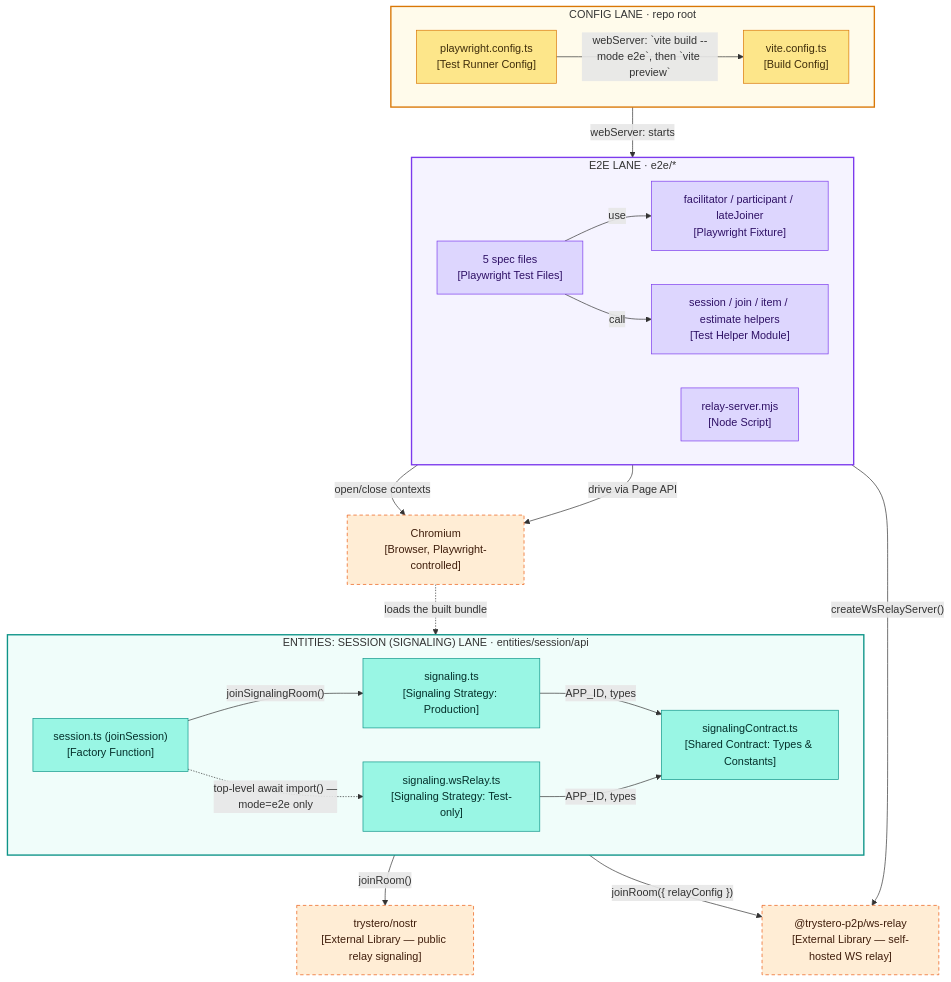
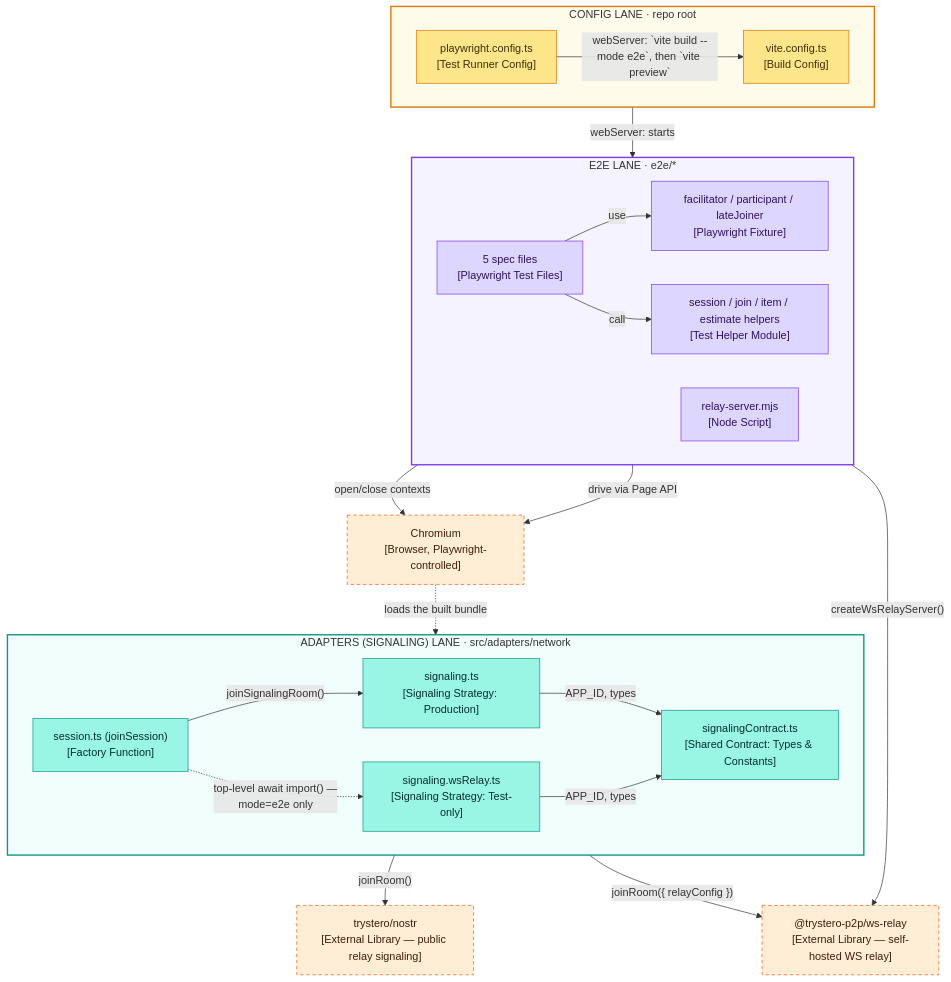
The first of 3 diagrams in docs/concepts/e2e-testing.md (cfisch3r/estimate), drawn with Mermaid before and after one commit. The commit also changed 33 other files, not shown here.

First line of the commit message:
refactor: extract the adapters into src/adapters (ADR-009 stage 2) (#152)

````diff
--- a/docs/concepts/e2e-testing.md
+++ b/docs/concepts/e2e-testing.md
@@ -23,57 +23,57 @@
 ```mermaid
 flowchart TD
   subgraph e2elane["E2E LANE · e2e/*"]
     direction LR
     Specs["5 spec files<br/>[Playwright Test Files]"]
     Fixtures["facilitator / participant / lateJoiner<br/>[Playwright Fixture]"]
     Helpers["session / join / item / estimate helpers<br/>[Test Helper Module]"]
     RelayScript["relay-server.mjs<br/>[Node Script]"]
   end
 
   subgraph configlane["CONFIG LANE · repo root"]
     direction LR
     PWConfig["playwright.config.ts<br/>[Test Runner Config]"]
     ViteConfig["vite.config.ts<br/>[Build Config]"]
   end
 
-  subgraph signalinglane["ENTITIES: SESSION (SIGNALING) LANE · entities/session/api"]
+  subgraph signalinglane["ADAPTERS (SIGNALING) LANE · src/adapters/network"]
     direction LR
     SessionFactory["session.ts (joinSession)<br/>[Factory Function]"]
     SigProd["signaling.ts<br/>[Signaling Strategy: Production]"]
     SigTest["signaling.wsRelay.ts<br/>[Signaling Strategy: Test-only]"]
     SigShared["signalingContract.ts<br/>[Shared Contract: Types & Constants]"]
   end
 
   WsRelayLib["@trystero-p2p/ws-relay<br/>[External Library — self-hosted WS relay]"]
   NostrLib["trystero/nostr<br/>[External Library — public relay signaling]"]
   Chromium["Chromium<br/>[Browser, Playwright-controlled]"]
 
   Specs -->|"use"| Fixtures
   Specs -->|"call"| Helpers
   Fixtures -->|"open/close contexts"| Chromium
   Helpers -->|"drive via Page API"| Chromium
   PWConfig -->|"webServer: starts"| RelayScript
   PWConfig -->|"webServer: `vite build --mode e2e`, then `vite preview`"| ViteConfig
   RelayScript -->|"createWsRelayServer()"| WsRelayLib
   SessionFactory -.->|"top-level await import() —<br/>mode=e2e only"| SigTest
   SessionFactory -->|"joinSignalingRoom()"| SigProd
   SigProd -->|"APP_ID, types"| SigShared
   SigTest -->|"APP_ID, types"| SigShared
   SigProd -->|"joinRoom()"| NostrLib
   SigTest -->|"joinRoom({ relayConfig })"| WsRelayLib
   Chromium -.->|"loads the built bundle"| SessionFactory
 
   classDef e2e   fill:#DDD6FE,stroke:#7C3AED,color:#2E1065
   classDef cfg   fill:#FDE68A,stroke:#D97706,color:#3F2D0B
   classDef sig   fill:#99F6E4,stroke:#0D9488,color:#042F2A
   classDef ext   fill:#FFEDD5,stroke:#EA580C,color:#3F1D0B,stroke-dasharray:5 4
 
   class Specs,Fixtures,Helpers,RelayScript e2e
   class PWConfig,ViteConfig cfg
   class SessionFactory,SigProd,SigTest,SigShared sig
   class WsRelayLib,NostrLib,Chromium ext
 
   style e2elane fill:#F5F3FF,stroke:#7C3AED,stroke-width:2px
   style configlane fill:#FFFBEB,stroke:#D97706,stroke-width:2px
   style signalinglane fill:#F0FDFA,stroke:#0D9488,stroke-width:2px
 ```
````
